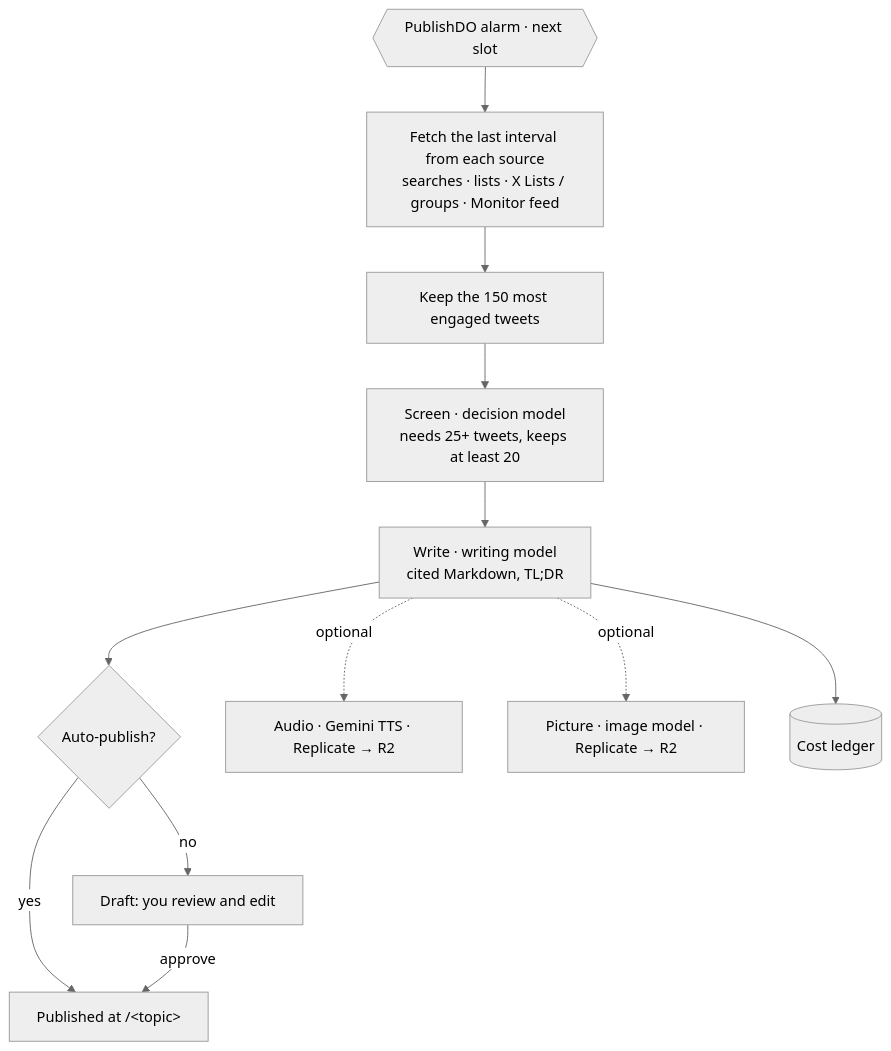
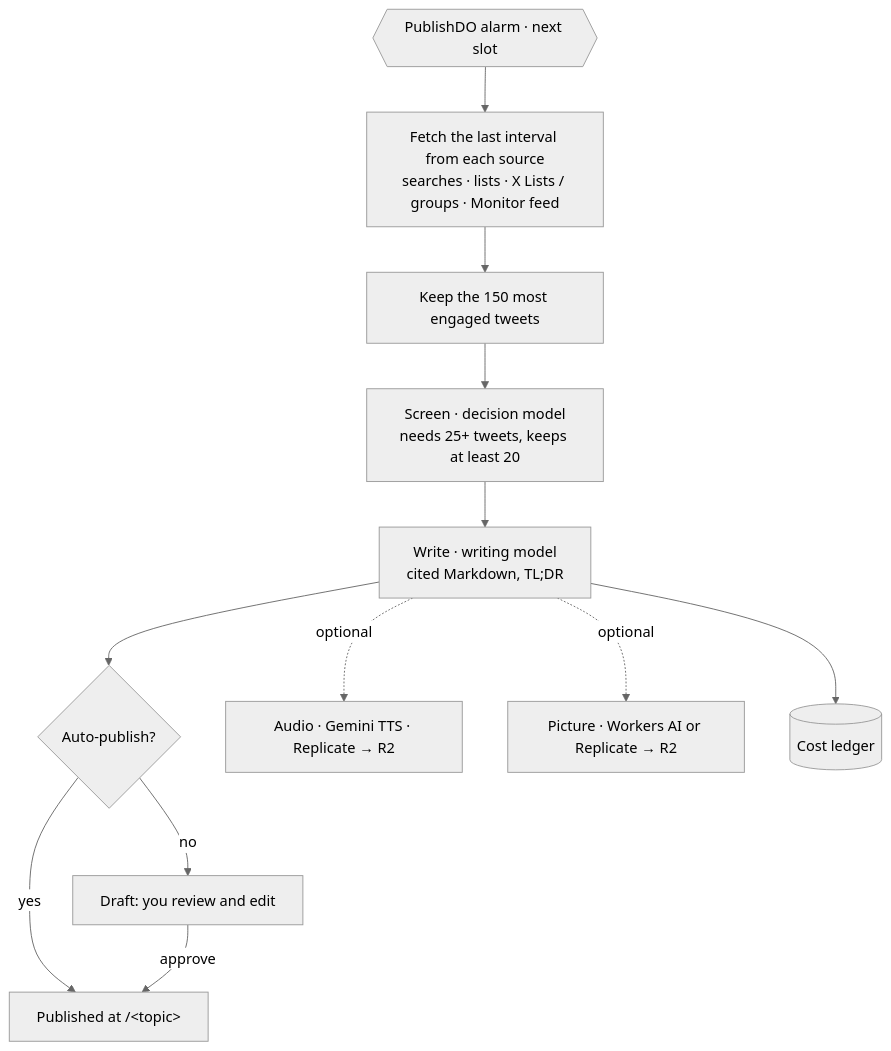
Before and after one commit to fredrikp999/cf-tweetexplorer: the fourth of 4 diagrams in docs/flows.md, drawn with Mermaid (neutral theme). The commit also changed 8 other files, not shown here.

````diff
--- a/docs/flows.md
+++ b/docs/flows.md
@@ -85,14 +85,14 @@
 ```mermaid
 flowchart TD
   AL{{PublishDO alarm · next slot}} --> FE[Fetch the last interval from each source<br/>searches · lists · X Lists / groups · Monitor feed]
   FE --> TOP[Keep the 150 most engaged tweets]
   TOP --> SC[Screen · decision model<br/>needs 25+ tweets, keeps at least 20]
   SC --> WR[Write · writing model<br/>cited Markdown, TL;DR]
   WR --> IS{Auto-publish?}
   IS -->|no| DR[Draft: you review and edit]
   IS -->|yes| PB[Published at /&lt;topic&gt;]
   DR -->|approve| PB
   WR -.->|optional| AU[Audio · Gemini TTS · Replicate → R2]
-  WR -.->|optional| IM[Picture · image model · Replicate → R2]
+  WR -.->|optional| IM[Picture · Workers AI or Replicate → R2]
   WR --> LED[(Cost ledger)]
 ```
````
